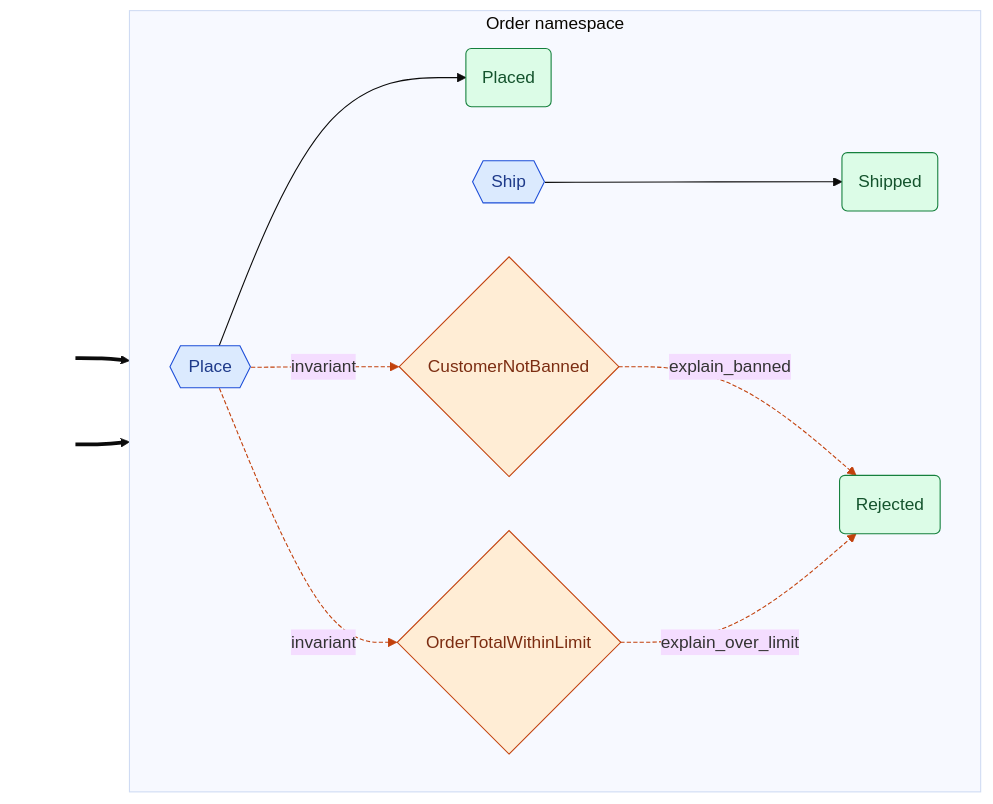
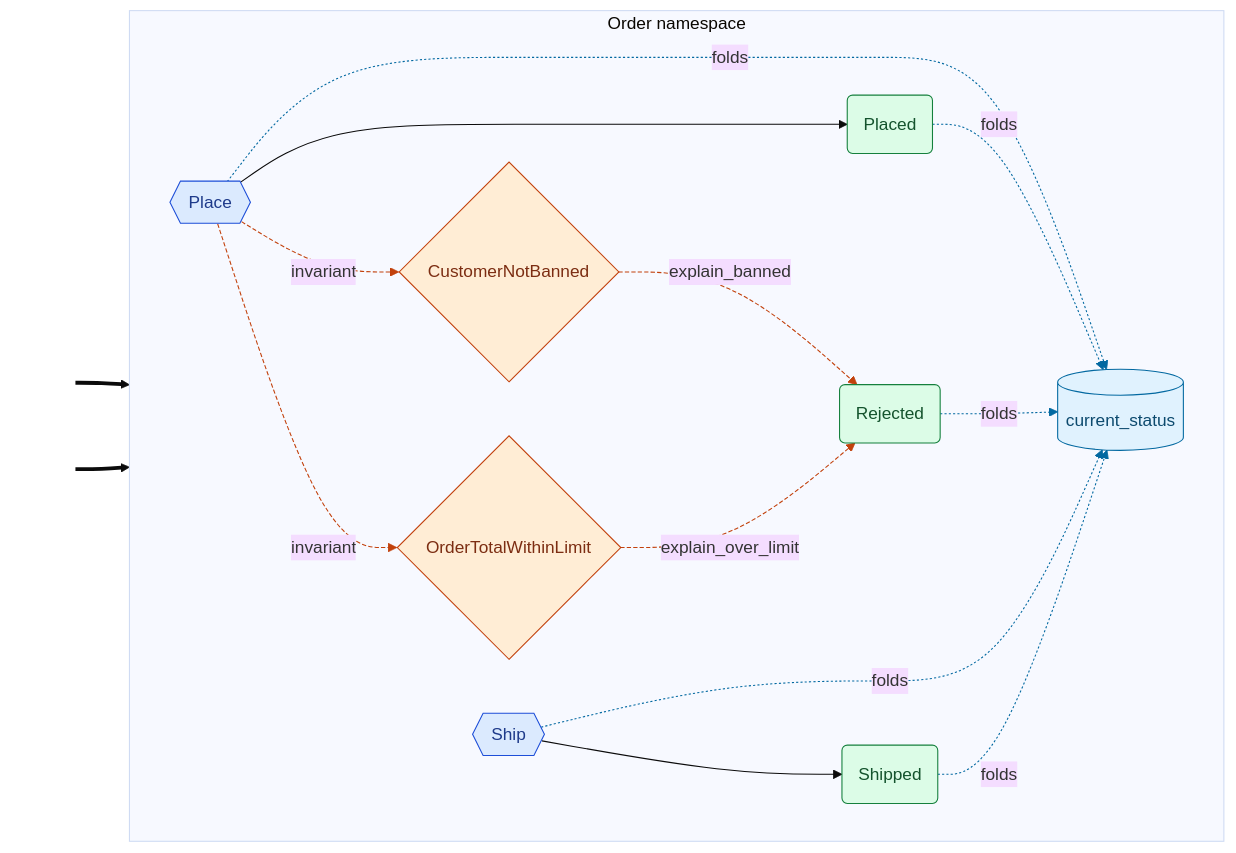
Before and after one commit to cadance-io/langgraph-events: the diagram in docs/index.md, drawn with Mermaid (base theme). The commit also changed 16 other files, not shown here.

First line of the commit message:
feat: show each reducer in the namespace model and its diagrams

````diff
--- a/docs/index.md
+++ b/docs/index.md
@@ -33,29 +33,37 @@
 ```mermaid
 graph LR
     classDef entry fill:none,stroke:none,color:none
     classDef cmd fill:#dbeafe,stroke:#1d4ed8,color:#1e3a8a
     classDef devt fill:#dcfce7,stroke:#15803d,color:#14532d
     classDef intg fill:#ede9fe,stroke:#6d28d9,color:#4c1d95
     classDef syst fill:#fef3c7,stroke:#b45309,color:#78350f
     classDef halt fill:#fef3c7,stroke:#b45309,color:#78350f,stroke-width:3px,stroke-dasharray:4 2
     classDef inv fill:#ffedd5,stroke:#c2410c,color:#7c2d12
+    classDef reducer fill:#e0f2fe,stroke:#0369a1,color:#0c4a6e
     subgraph Order["Order namespace"]
         direction LR
         Place{{Place}}:::cmd
         Placed(Placed):::devt
         Rejected(Rejected):::devt
         Ship{{Ship}}:::cmd
         Shipped(Shipped):::devt
         CustomerNotBanned{CustomerNotBanned}:::inv
         OrderTotalWithinLimit{OrderTotalWithinLimit}:::inv
+        _reducer_current_status[(current_status)]:::reducer
     end
     _e0_[ ]:::entry ==> Place
     _e1_[ ]:::entry ==> Ship
     Place --> Placed
     Ship --> Shipped
+    Place -.->|folds| _reducer_current_status
+    Placed -.->|folds| _reducer_current_status
+    Rejected -.->|folds| _reducer_current_status
+    Ship -.->|folds| _reducer_current_status
+    Shipped -.->|folds| _reducer_current_status
     CustomerNotBanned -.->|explain_banned| Rejected
     OrderTotalWithinLimit -.->|explain_over_limit| Rejected
     Place -.->|invariant| CustomerNotBanned
     Place -.->|invariant| OrderTotalWithinLimit
-    linkStyle 4,5,6,7 stroke:#c2410c,stroke-dasharray:4 2
+    linkStyle 9,10,11,12 stroke:#c2410c,stroke-dasharray:4 2
+    linkStyle 4,5,6,7,8 stroke:#0369a1,stroke-dasharray:2 2
 ```
````
